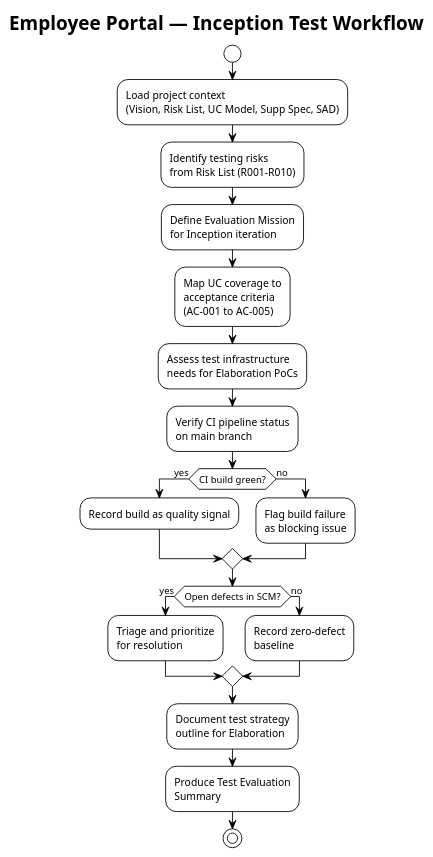
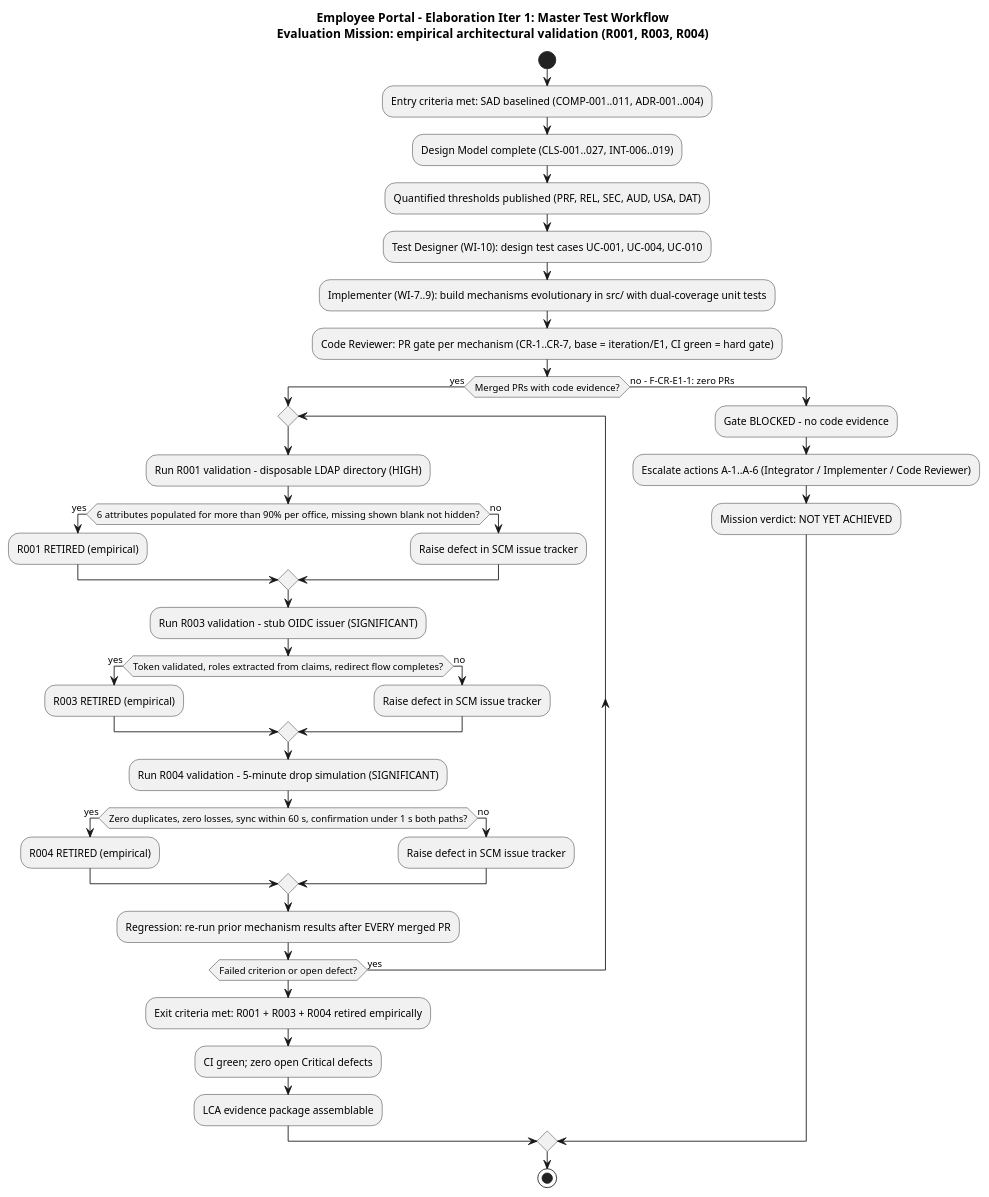
One commit to banense-test/employee-portal changed the second of 4 diagrams in docs/artifacts/test/test-evaluation-summary.md. Above: the diagram before and after it, drawn with PlantUML. The commit also changed other lines of this file, not shown here.

First line of the commit message:
Test Manager [E1]: upsert Test Evaluation Summary

````diff
--- a/docs/artifacts/test/test-evaluation-summary.md
+++ b/docs/artifacts/test/test-evaluation-summary.md
@@ -40,50 +101,45 @@
 ```plantuml
 @startuml
-!theme plain
-title Employee Portal — Inception Test Workflow
+title Employee Portal - Elaboration Iter 1: Master Test Workflow\nEvaluation Mission: empirical architectural validation (R001, R003, R004)
 
 start
-:Load project context
-(Vision, Risk List, UC Model, Supp Spec, SAD);
+:Entry criteria met: SAD baselined (COMP-001..011, ADR-001..004);
+:Design Model complete (CLS-001..027, INT-006..019);
+:Quantified thresholds published (PRF, REL, SEC, AUD, USA, DAT);
+:Test Designer (WI-10): design test cases UC-001, UC-004, UC-010;
+:Implementer (WI-7..9): build mechanisms evolutionary in src/ with dual-coverage unit tests;
+:Code Reviewer: PR gate per mechanism (CR-1..CR-7, base = iteration/E1, CI green = hard gate);
 
-:Identify testing risks
-from Risk List (R001–R010);
-
-:Define Evaluation Mission
-for Inception iteration;
-
-:Map UC coverage to
-acceptance criteria
-(AC-001 to AC-005);
-
-:Assess test infrastructure
-needs for Elaboration PoCs;
-
-:Verify CI pipeline status
-on main branch;
-
-if (CI build green?) then (yes)
-  :Record build as quality signal;
-else (no)
-  :Flag build failure
-  as blocking issue;
+if (Merged PRs with code evidence?) then (yes)
+  repeat
+    :Run R001 validation - disposable LDAP directory (HIGH);
+    if (6 attributes populated for more than 90% per office, missing shown blank not hidden?) then (yes)
+      :R001 RETIRED (empirical);
+    else (no)
+      :Raise defect in SCM issue tracker;
+    endif
+    :Run R003 validation - stub OIDC issuer (SIGNIFICANT);
+    if (Token validated, roles extracted from claims, redirect flow completes?) then (yes)
+      :R003 RETIRED (empirical);
+    else (no)
+      :Raise defect in SCM issue tracker;
+    endif
+    :Run R004 validation - 5-minute drop simulation (SIGNIFICANT);
+    if (Zero duplicates, zero losses, sync within 60 s, confirmation under 1 s both paths?) then (yes)
+      :R004 RETIRED (empirical);
+    else (no)
+      :Raise defect in SCM issue tracker;
+    endif
+    :Regression: re-run prior mechanism results after EVERY merged PR;
+  repeat while (Failed criterion or open defect?) is (yes)
+  :Exit criteria met: R001 + R003 + R004 retired empirically;
+  :CI green; zero open Critical defects;
+  :LCA evidence package assemblable;
+else (no - F-CR-E1-1: zero PRs)
+  :Gate BLOCKED - no code evidence;
+  :Escalate actions A-1..A-6 (Integrator / Implementer / Code Reviewer);
+  :Mission verdict: NOT YET ACHIEVED;
 endif
-
-if (Open defects in SCM?) then (yes)
-  :Triage and prioritize
-  for resolution;
-else (no)
-  :Record zero-defect
-  baseline;
-endif
-
-:Document test strategy
-outline for Elaboration;
-
-:Produce Test Evaluation
-Summary;
-
 stop
-
 @enduml
 ```
````
